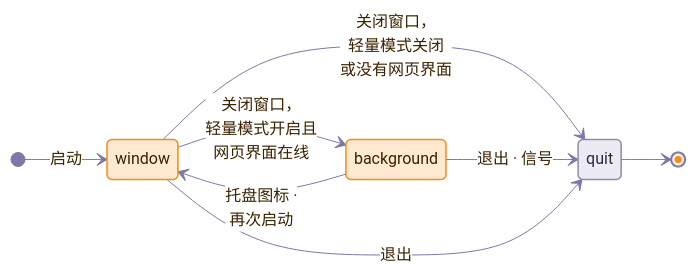
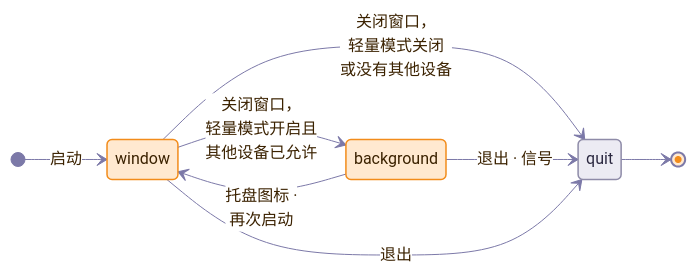
Before and after one commit to version-fox/vfox-plus: the fourth of 5 diagrams in docs/zh-CN/dev/architecture.md, drawn with Mermaid. The commit also changed other lines of this file and 336 other files, not shown here.

````diff
--- a/docs/zh-CN/dev/architecture.md
+++ b/docs/zh-CN/dev/architecture.md
@@ -370,39 +361,39 @@
 ```mermaid
 ---
 config:
   theme: base
   themeVariables:
     fontFamily: "system-ui, -apple-system, 'Segoe UI', 'Noto Sans', 'Noto Sans CJK SC', 'PingFang SC', 'Microsoft YaHei', sans-serif"
     lineColor: "#7C79A8"
     primaryColor: "#FFE9D0"
     primaryBorderColor: "#F28C1B"
     primaryTextColor: "#3B2200"
     clusterBkg: "#F4F2FF"
     clusterBorder: "#B9B3F5"
     titleColor: "#1E1470"
     edgeLabelBackground: "#FFFFFF"
   flowchart:
     curve: basis
     wrappingWidth: 320
     subGraphTitleMargin:
       top: 10
       bottom: 8
 ---
 stateDiagram-v2
     accTitle: 窗口与轻量模式
-    accDescr: 应用带着窗口启动。关闭窗口时应用退出，除非轻量模式开启且网页界面在线，此时它无窗口继续运行，释放窗口占用的东西，并在托盘里放一个图标。在图标的菜单里选打开，或再次启动应用，会重新打开窗口；从图标的菜单、设置、已配对的页面退出，或收到信号，应用结束。
+    accDescr: 应用带着窗口启动。关闭窗口时应用退出，除非轻量模式开启且其他设备可以连接，此时它无窗口继续运行，释放窗口占用的东西，并在托盘里放一个图标。在图标的菜单里选打开，或再次启动应用，会重新打开窗口；从图标的菜单、设置、已配对的页面退出，或收到信号，应用结束。
     direction LR
     [*] --> window: 启动
-    window --> quit: 关闭窗口，<br/>轻量模式关闭<br/>或没有网页界面
-    window --> background: 关闭窗口，<br/>轻量模式开启且<br/>网页界面在线
+    window --> quit: 关闭窗口，<br/>轻量模式关闭<br/>或没有其他设备
+    window --> background: 关闭窗口，<br/>轻量模式开启且<br/>其他设备已允许
     background --> window: 托盘图标 ·<br/>再次启动
     background --> quit: 退出 · 信号
     window --> quit: 退出
     quit --> [*]
 
     classDef busy fill:#FFE9D0,stroke:#F28C1B,color:#3B2200,stroke-width:1.5px
     classDef stop fill:#ECEBF3,stroke:#8E8BA8,color:#2B2840,stroke-width:1.5px
     class window busy
     class background busy
     class quit stop
 ```
````
